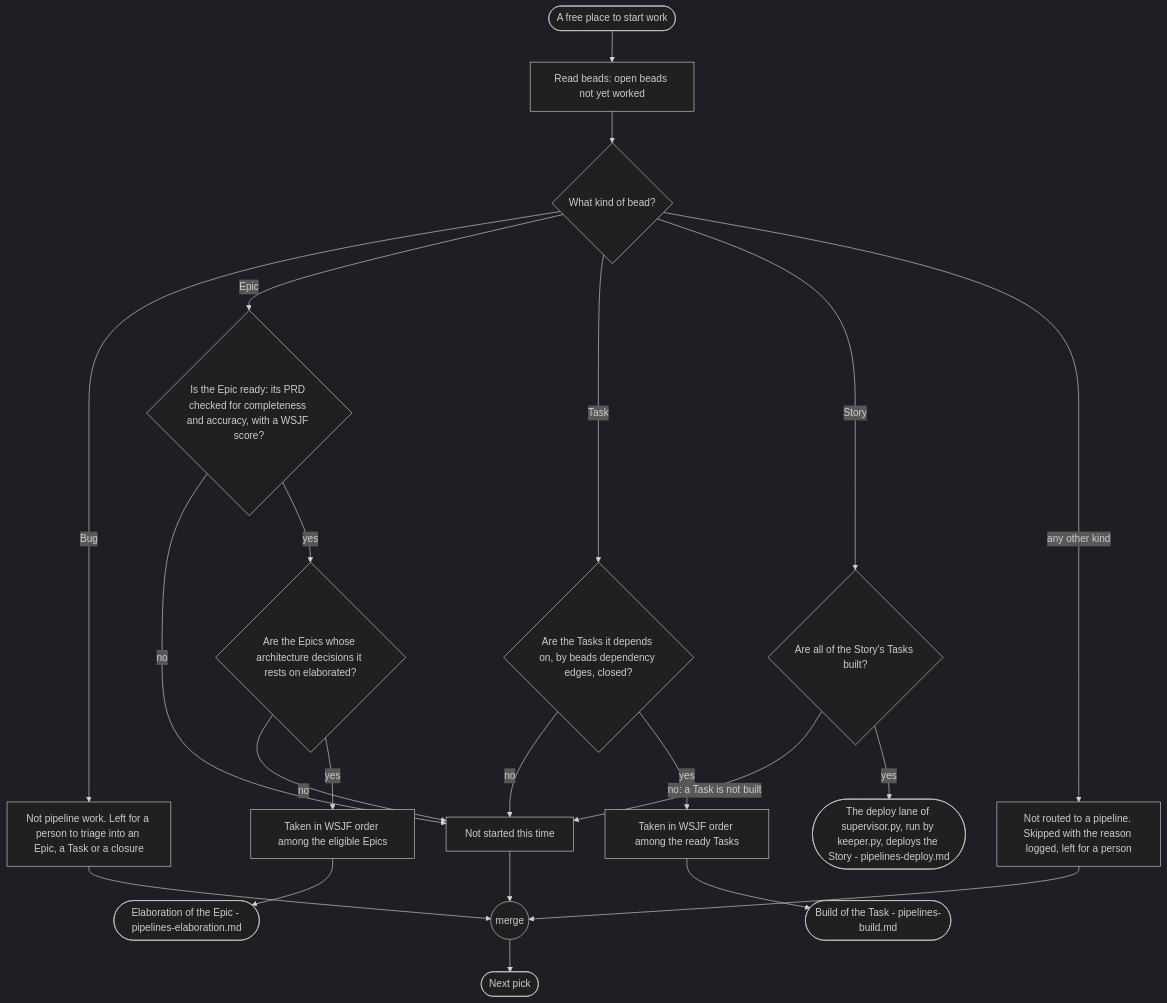
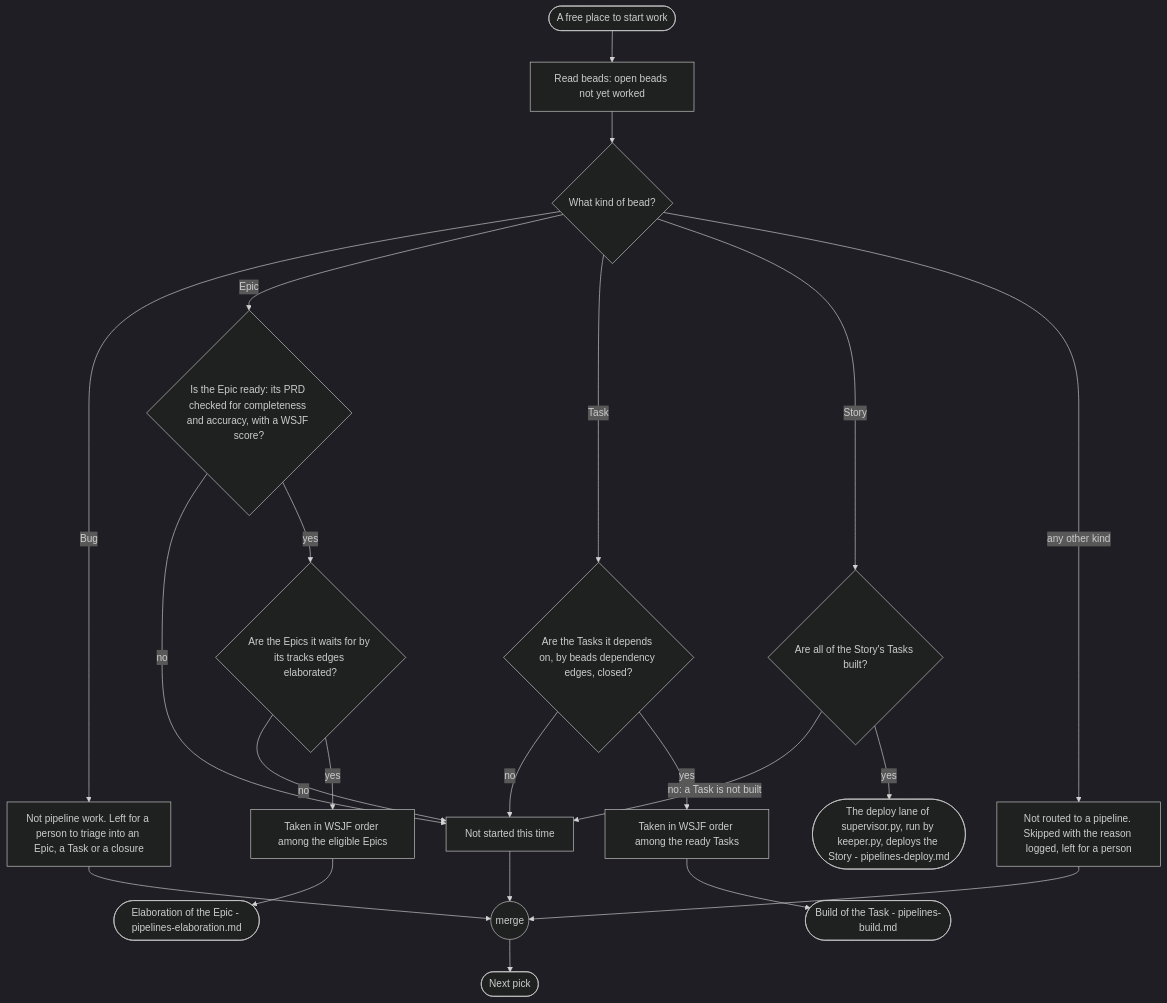
One commit to mark-satterfield/toolset changed the second of 8 diagrams in plugins/agent-teams-workforce/blueprint/design/pipelines-driver.md. Above: the diagram before and after it, drawn with Mermaid (dark theme). The commit also changed other lines of this file and 16 other files, not shown here.

````diff
--- a/plugins/agent-teams-workforce/blueprint/design/pipelines-driver.md
+++ b/plugins/agent-teams-workforce/blueprint/design/pipelines-driver.md
@@ -173,24 +173,24 @@
 ```mermaid
 flowchart TD
     s(["A free place to start work"]) --> read["Read beads: open beads not yet worked"]
     read --> kind{"What kind of bead?"}
     kind -->|"Bug"| bug["Not pipeline work. Left for a person to triage into an Epic, a Task or a closure"]
     kind -->|"Epic"| eReady{"Is the Epic ready: its PRD checked for completeness and accuracy, with a WSJF score?"}
     kind -->|"Task"| tReady{"Are the Tasks it depends on, by beads dependency edges, closed?"}
     kind -->|"Story"| sReady{"Are all of the Story's Tasks built?"}
     kind -->|"any other kind"| other["Not routed to a pipeline. Skipped with the reason logged, left for a person"]
     eReady -->|"no"| skip["Not started this time"]
-    eReady -->|"yes"| eDeps{"Are the Epics whose architecture decisions it rests on elaborated?"}
+    eReady -->|"yes"| eDeps{"Are the Epics it waits for by its tracks edges elaborated?"}
     eDeps -->|"no"| skip
     eDeps -->|"yes"| eOrder["Taken in WSJF order among the eligible Epics"]
     eOrder --> eRun(["Elaboration of the Epic - pipelines-elaboration.md"])
     tReady -->|"no"| skip
     tReady -->|"yes"| tOrder["Taken in WSJF order among the ready Tasks"]
     tOrder --> tRun(["Build of the Task - pipelines-build.md"])
     sReady -->|"no: a Task is not built"| skip
     sReady -->|"yes"| sRun(["The deploy lane of supervisor.py, run by keeper.py, deploys the Story - pipelines-deploy.md"])
     bug --> m(("merge"))
     other --> m
     skip --> m
     m --> e(["Next pick"])
 ```
````
